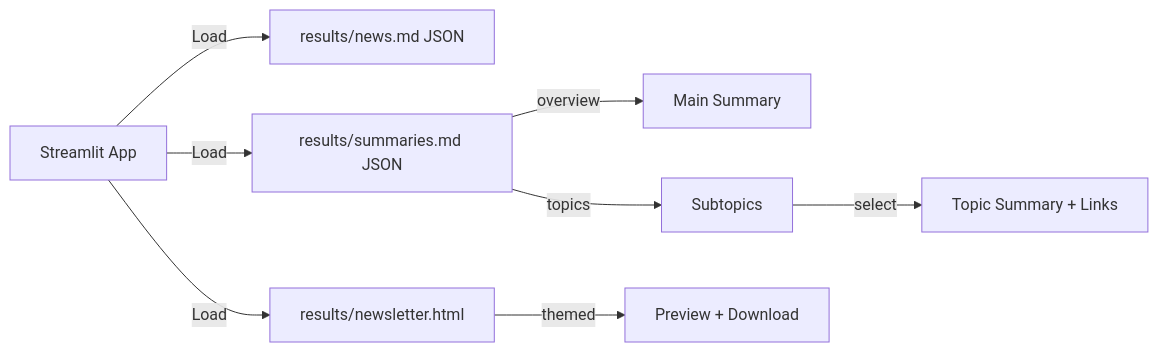
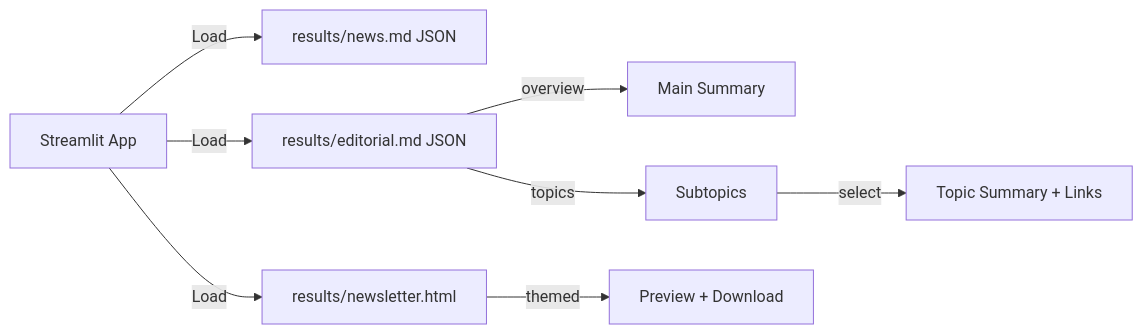
Before and after one commit to SankarSubbayya/AI_NEWS: the fourth of 4 diagrams in docs/architecture.md, drawn with Mermaid. The commit also changed other lines of this file and 8 other files, not shown here.

Commit message:
Update to editorial.md, enhance summaries, improve Streamlit UI

````diff
--- a/docs/architecture.md
+++ b/docs/architecture.md
@@ -93,11 +93,11 @@
 ```mermaid
 flowchart LR
     S[Streamlit App]
     S -->|Load| N[results/news.md JSON]
-    S -->|Load| SUM[results/summaries.md JSON]
+    S -->|Load| SUM[results/editorial.md JSON]
     S -->|Load| H[results/newsletter.html]
     SUM -->|overview| O[Main Summary]
     SUM -->|topics| T[Subtopics]
     T -->|select| R[Topic Summary + Links]
     H -->|themed| P[Preview + Download]
 ```
````
